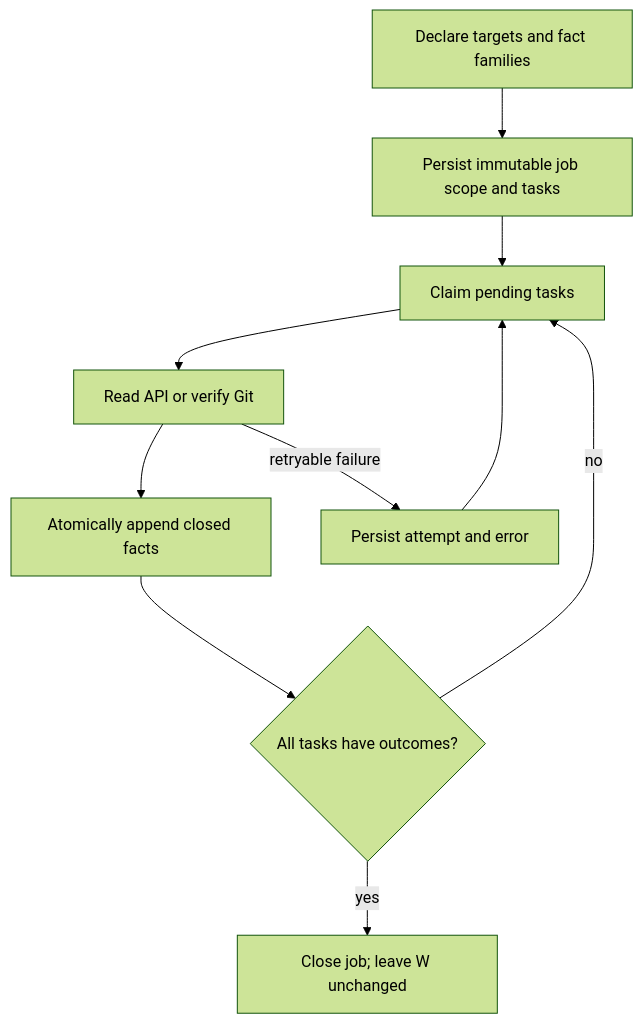
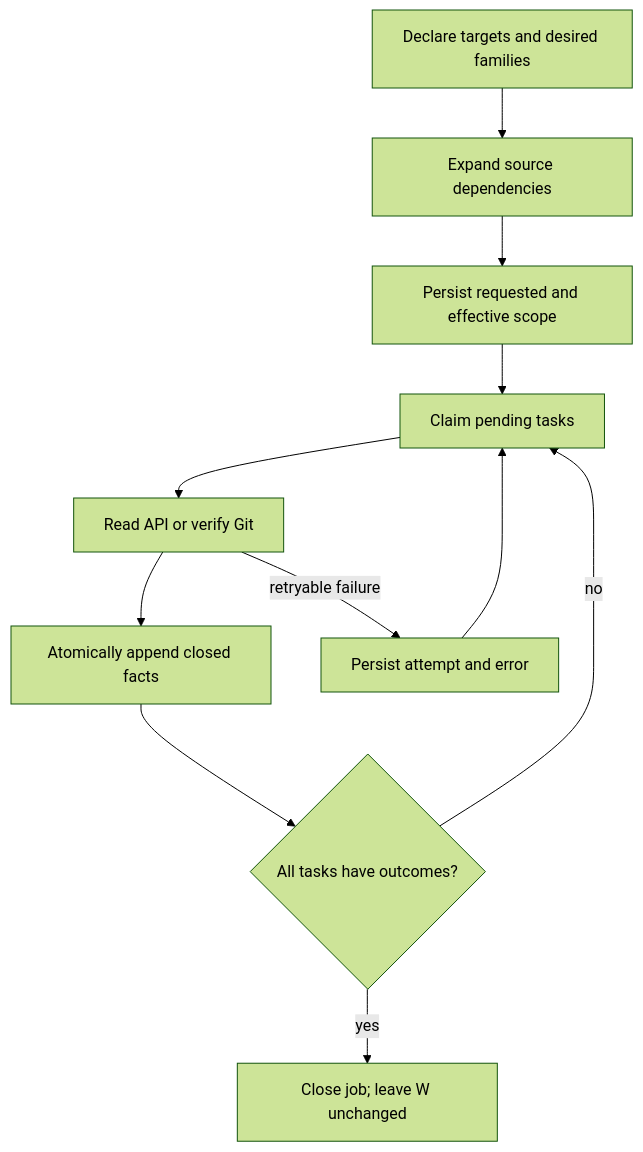
The second of 3 diagrams in docs/github-puller.md (Delva0/gh-puller), drawn with Mermaid (forest theme) before and after one commit. The commit also changed other lines of this file and 5 other files, not shown here.

````diff
--- a/docs/github-puller.md
+++ b/docs/github-puller.md
@@ -273,12 +273,13 @@
 ```mermaid
 flowchart TD
-    Request["Declare targets and fact families"] --> Scope["Persist immutable job scope and tasks"]
+    Request["Declare targets and desired families"] --> Plan["Expand source dependencies"]
+    Plan --> Scope["Persist requested and effective scope"]
     Scope --> Work["Claim pending tasks"]
     Work --> Read["Read API or verify Git"]
     Read --> Publish["Atomically append closed facts"]
     Publish --> Done{"All tasks have outcomes?"}
     Done -- "no" --> Work
     Done -- "yes" --> Close["Close job; leave W unchanged"]
     Read -- "retryable failure" --> Error["Persist attempt and error"]
     Error --> Work
 ```
````
